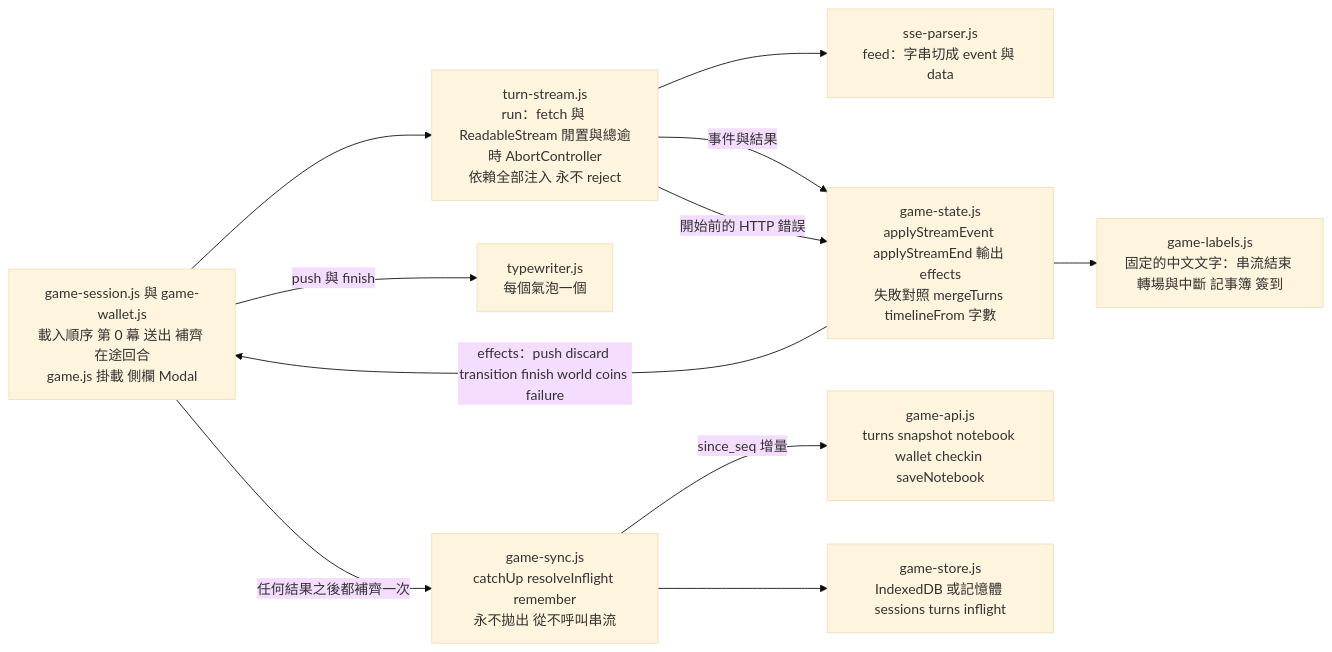
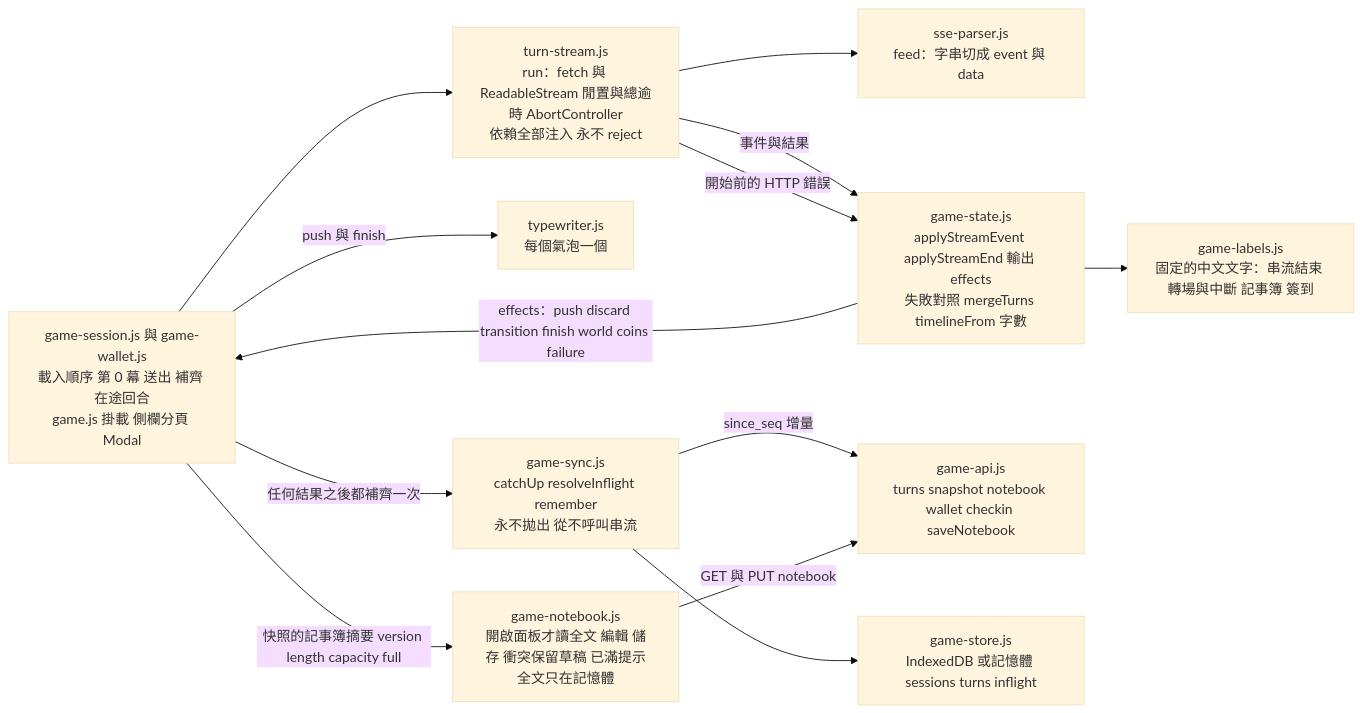
One commit to pp466pp466/R.A.C changed the ninth of 12 diagrams in docs/前端結構-frontend.md. Above: the diagram before and after it, drawn with Mermaid (base theme). The commit also changed other lines of this file and 21 other files, not shown here.

First line of the commit message:
rpg-game-ui 批次 4：記事簿面板（側欄分頁、編輯與儲存、已滿入口）與 /game 預設分頁

````diff
--- a/docs/前端結構-frontend.md
+++ b/docs/前端結構-frontend.md
@@ -204,13 +204,15 @@
 ```mermaid
 flowchart LR
-    Run["game-session.js 與 game-wallet.js<br/>載入順序 第 0 幕 送出 補齊 在途回合<br/>game.js 掛載 側欄 Modal"] --> Ts
+    Run["game-session.js 與 game-wallet.js<br/>載入順序 第 0 幕 送出 補齊 在途回合<br/>game.js 掛載 側欄分頁 Modal"] --> Ts
     Ts["turn-stream.js<br/>run：fetch 與 ReadableStream 閒置與總逾時 AbortController<br/>依賴全部注入 永不 reject"] --> Sse["sse-parser.js<br/>feed：字串切成 event 與 data"]
     Ts -->|"事件與結果"| Gs["game-state.js<br/>applyStreamEvent applyStreamEnd 輸出 effects<br/>失敗對照 mergeTurns timelineFrom 字數"]
     Ts -->|"開始前的 HTTP 錯誤"| Gs
     Gs --> Labels["game-labels.js<br/>固定的中文文字：串流結束 轉場與中斷 記事簿 簽到"]
     Gs -->|"effects：push discard transition finish world coins failure"| Run
     Run -->|"push 與 finish"| Tw["typewriter.js<br/>每個氣泡一個"]
     Run -->|"任何結果之後都補齊一次"| Sync["game-sync.js<br/>catchUp resolveInflight remember<br/>永不拋出 從不呼叫串流"]
     Sync -->|"since_seq 增量"| Api["game-api.js<br/>turns snapshot notebook wallet checkin saveNotebook"]
     Sync --> Store["game-store.js<br/>IndexedDB 或記憶體 sessions turns inflight"]
+    Run -->|"快照的記事簿摘要 version length capacity full"| Nb["game-notebook.js<br/>開啟面板才讀全文 編輯 儲存 衝突保留草稿 已滿提示<br/>全文只在記憶體"]
+    Nb -->|"GET 與 PUT notebook"| Api
 ```
````
